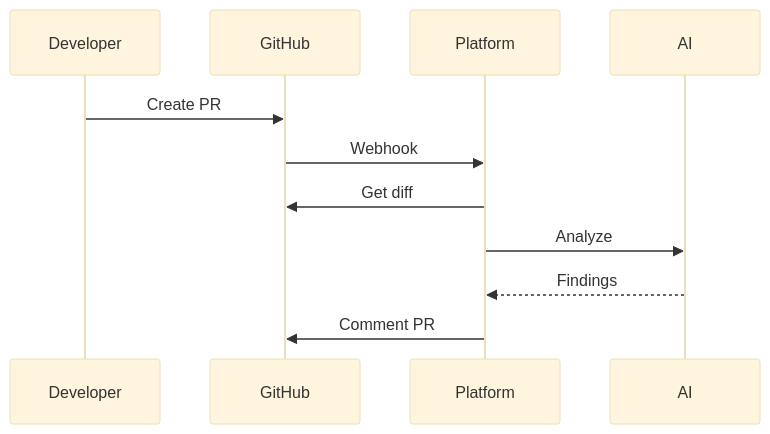
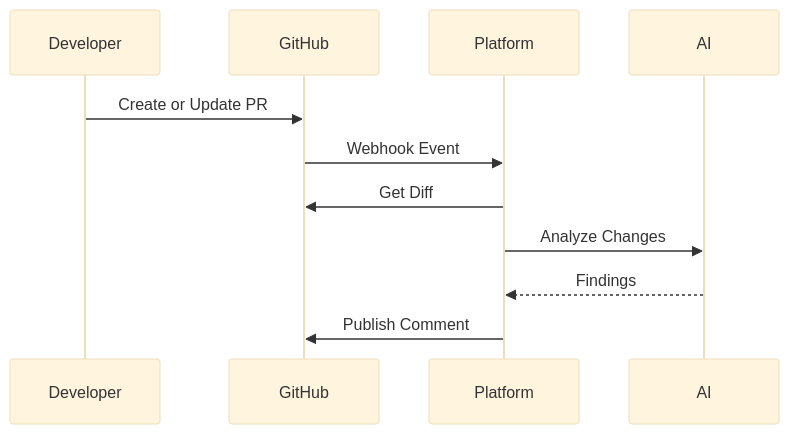
The first of 3 diagrams in analysis_full/DOC3_BUSINESS_FLOWS.md (essancv/training), drawn with Mermaid (base theme) before and after one commit. The commit also changed other lines of this file, not shown here.

````diff
--- a/analysis_full/DOC3_BUSINESS_FLOWS.md
+++ b/analysis_full/DOC3_BUSINESS_FLOWS.md
@@ -20,9 +25,9 @@
 ```mermaid
 sequenceDiagram
-Developer->>GitHub: Create PR
-GitHub->>Platform: Webhook
-Platform->>GitHub: Get diff
-Platform->>AI: Analyze
+Developer->>GitHub: Create or Update PR
+GitHub->>Platform: Webhook Event
+Platform->>GitHub: Get Diff
+Platform->>AI: Analyze Changes
 AI-->>Platform: Findings
-Platform->>GitHub: Comment PR
+Platform->>GitHub: Publish Comment
 ```
````
